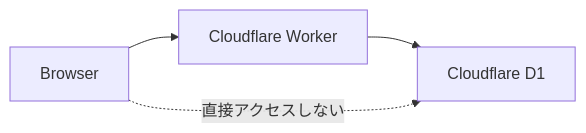
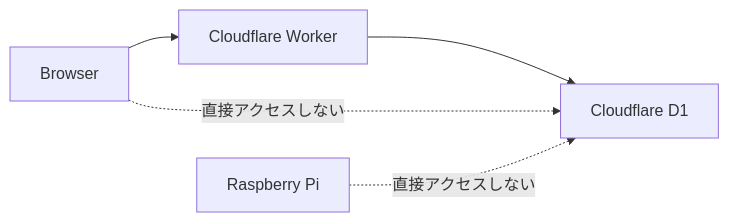
Before and after one commit to yujimasuda77777/Raspberry_Pi_4B_Edge_IoT_System: diagram 13 of 15 in docs/06_system_management_security.md, drawn with Mermaid. The commit also changed other lines of this file and 1 other file, not shown here.

````diff
--- a/docs/06_system_management_security.md
+++ b/docs/06_system_management_security.md
@@ -762,11 +882,12 @@
 ```mermaid
 flowchart LR
     Browser["Browser"]
     Worker["Cloudflare Worker"]
     D1["Cloudflare D1"]
 
     Browser --> Worker
     Worker --> D1
 
     Browser -.->|直接アクセスしない| D1
+    Pi["Raspberry Pi"] -.->|直接アクセスしない| D1
 ```
````
